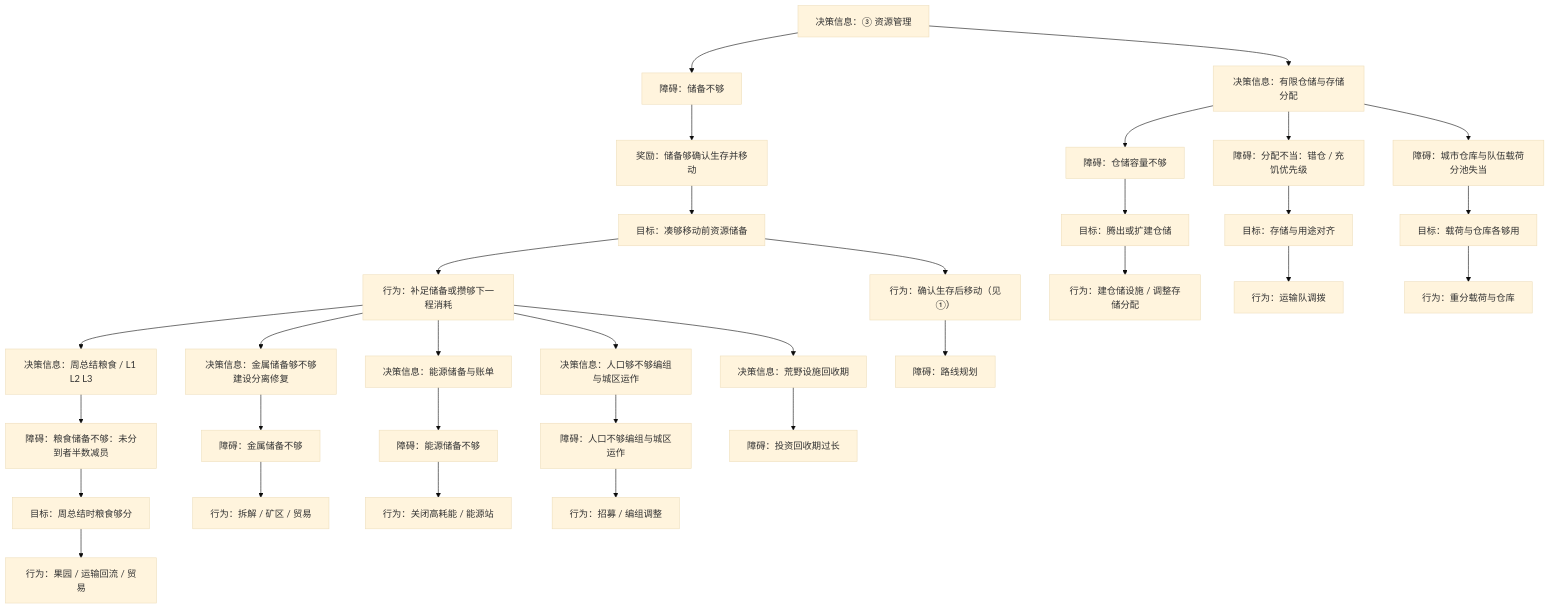
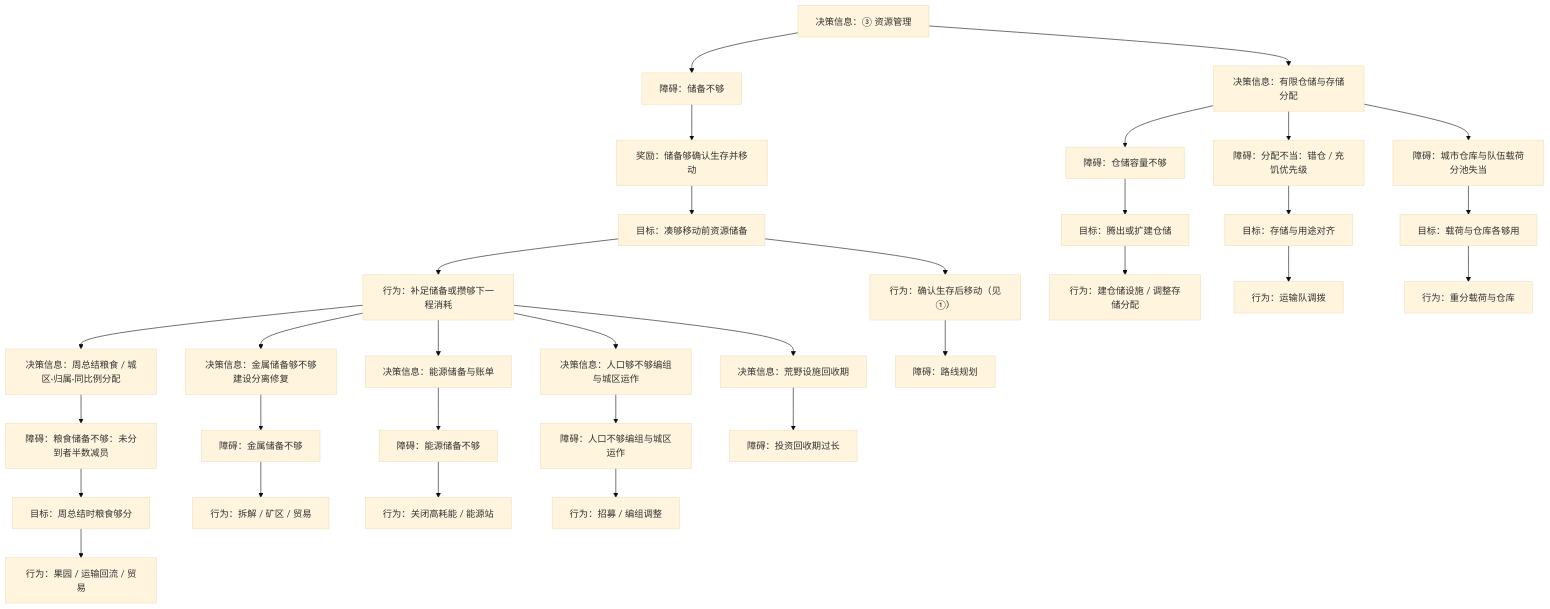
One commit to Estrella6066773/DriveToLight changed the fifth of 8 diagrams in Docs/01-草稿/交互链-循光之城.md. Above: the diagram before and after it, drawn with Mermaid (base theme). The commit also changed other lines of this file and 5 other files, not shown here.

````diff
--- a/Docs/01-草稿/交互链-循光之城.md
+++ b/Docs/01-草稿/交互链-循光之城.md
@@ -480,35 +495,35 @@
 ```mermaid
 flowchart TD
   D3["决策信息：③ 资源管理"]
   D3 --> O3a["障碍：储备不够"]
   O3a --> R3["奖励：储备够确认生存并移动"]
   R3 --> G3["目标：凑够移动前资源储备"]
   G3 --> A3["行为：补足储备或攒够下一程消耗"]
   D3 --> D3store["决策信息：有限仓储与存储分配"]
   D3store --> O3s1["障碍：仓储容量不够"]
   D3store --> O3s2["障碍：分配不当：错仓 / 充饥优先级"]
   D3store --> O3s3["障碍：城市仓库与队伍载荷分池失当"]
   O3s1 --> G3s1["目标：腾出或扩建仓储"]
   G3s1 --> A3s1["行为：建仓储设施 / 调整存储分配"]
   O3s2 --> G3s2["目标：存储与用途对齐"]
   G3s2 --> A3s2["行为：运输队调拨"]
   O3s3 --> G3s3["目标：载荷与仓库各够用"]
   G3s3 --> A3s3["行为：重分载荷与仓库"]
-  A3 --> D3f["决策信息：周总结粮食 / L1 L2 L3"]
+  A3 --> D3f["决策信息：周总结粮食 / 城区·归属·同比例分配"]
   D3f --> O3b["障碍：粮食储备不够：未分到者半数减员"]
   O3b --> G3f["目标：周总结时粮食够分"]
   G3f --> A3f["行为：果园 / 运输回流 / 贸易"]
   A3 --> D3m["决策信息：金属储备够不够建设分离修复"]
   D3m --> O3c["障碍：金属储备不够"]
   O3c --> A3m["行为：拆解 / 矿区 / 贸易"]
   A3 --> D3e["决策信息：能源储备与账单"]
   D3e --> O3d["障碍：能源储备不够"]
   O3d --> A3e["行为：关闭高耗能 / 能源站"]
   A3 --> D3p["决策信息：人口够不够编组与城区运作"]
   D3p --> O3e["障碍：人口不够编组与城区运作"]
   O3e --> A3p["行为：招募 / 编组调整"]
   A3 --> D3w["决策信息：荒野设施回收期"]
   D3w --> O3f["障碍：投资回收期过长"]
   G3 --> A3move["行为：确认生存后移动（见①）"]
   A3move --> O_rp3["障碍：路线规划"]
 ```
````
